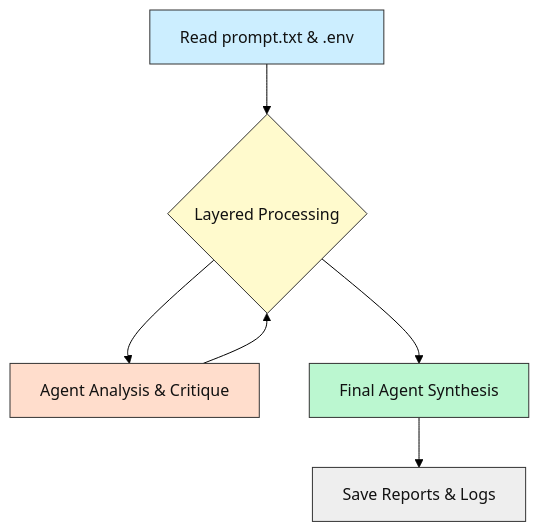
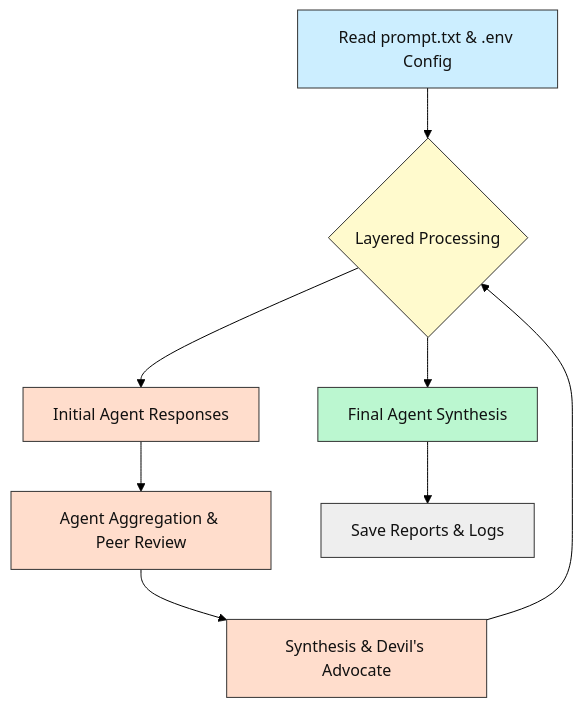
One commit to Mindrocket42/MOA-DeepOutputs changed the first of 3 diagrams in README.md. Above: the diagram before and after it, drawn with Mermaid (forest theme). The commit also changed other lines of this file and 20 other files, not shown here.

````diff
--- a/README.md
+++ b/README.md
@@ -56,13 +58,17 @@
 ```mermaid
 flowchart TD
-    A[Read prompt.txt & .env] --> B{Layered Processing}
-    B --> C[Agent Analysis & Critique]
-    C --> B
-    B --> D[Final Agent Synthesis]
-    D --> E[Save Reports & Logs]
+    A[Read prompt.txt & .env Config] --> B{Layered Processing}
+    B --> C[Initial Agent Responses]
+    C --> D[Agent Aggregation & Peer Review]
+    D --> E[Synthesis & Devil's Advocate]
+    E --> B
+    B --> F[Final Agent Synthesis]
+    F --> G[Save Reports & Logs]
     style A fill:#cceeff,stroke:#333333,color:#111111
     style B fill:#fffacd,stroke:#333333,color:#111111
     style C fill:#ffddcc,stroke:#333333,color:#111111
-    style D fill:#bbf7d0,stroke:#333333,color:#111111
-    style E fill:#eeeeee,stroke:#333333,color:#111111
+    style D fill:#ffddcc,stroke:#333333,color:#111111
+    style E fill:#ffddcc,stroke:#333333,color:#111111
+    style F fill:#bbf7d0,stroke:#333333,color:#111111
+    style G fill:#eeeeee,stroke:#333333,color:#111111
 ```
````
